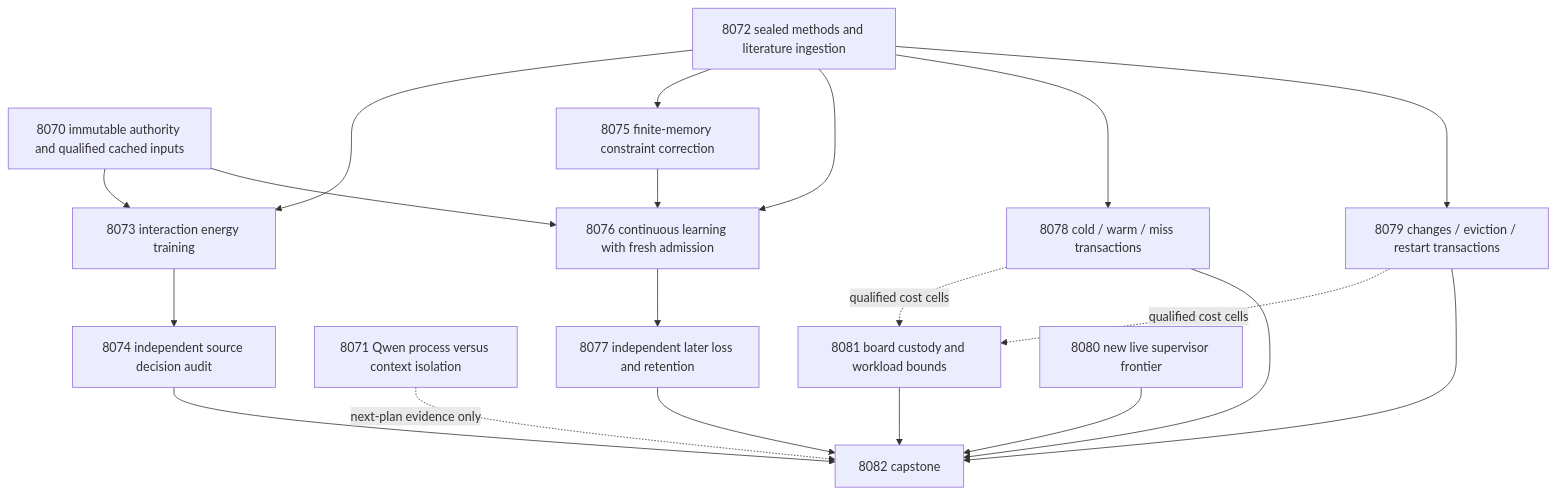
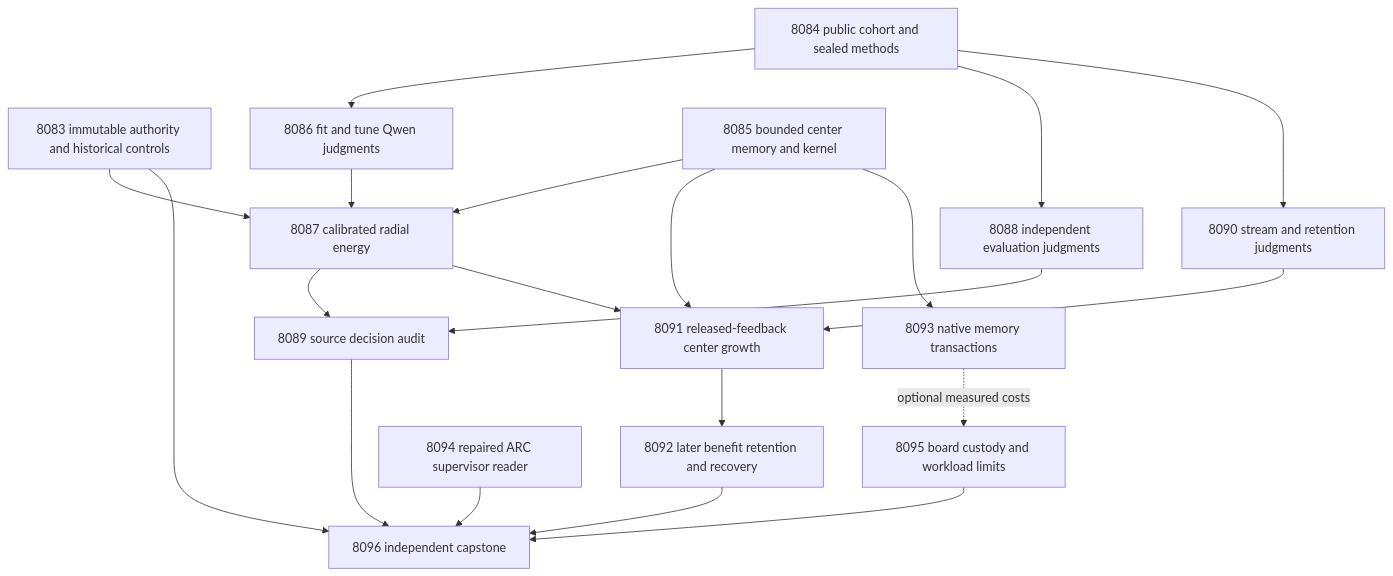
The diagram in openspec/change-proposals/research-roadmap-vNEXT.md (Carnot-EBM/carnot-ebm), drawn with Mermaid before and after one commit. The commit also changed other lines of this file and 13 other files, not shown here.

First line of the commit message:
[conductor] Plan next milestone: 2026.10.700

````diff
--- a/openspec/change-proposals/research-roadmap-vNEXT.md
+++ b/openspec/change-proposals/research-roadmap-vNEXT.md
@@ -87,22 +79,22 @@
 ```mermaid
 flowchart TD
-  C[8070 immutable authority and qualified cached inputs] --> S[8073 interaction energy training]
-  P[8072 sealed methods and literature ingestion] --> S
-  S --> A[8074 independent source decision audit]
-  Q[8071 Qwen process versus context isolation] -. next-plan evidence only .-> Z[8082 capstone]
-  P --> K[8075 finite-memory constraint correction]
-  C --> L[8076 continuous learning with fresh admission]
+  C[8083 immutable authority and historical controls] --> F[8087 calibrated radial energy]
+  M[8084 public cohort and sealed methods] --> Q[8086 fit and tune Qwen judgments]
+  K[8085 bounded center memory and kernel] --> F
+  Q --> F
+  M --> E[8088 independent evaluation judgments]
+  F --> A[8089 source decision audit]
+  E --> A
+  M --> S[8090 stream and retention judgments]
+  S --> L[8091 released-feedback center growth]
+  F --> L
   K --> L
-  P --> L
-  L --> R[8077 independent later loss and retention]
-  P --> F[8078 cold / warm / miss transactions]
-  P --> E[8079 changes / eviction / restart transactions]
-  F -. qualified cost cells .-> H[8081 board custody and workload bounds]
-  E -. qualified cost cells .-> H
+  L --> R[8092 later benefit retention and recovery]
+  K --> N[8093 native memory transactions]
+  N -. optional measured costs .-> H[8095 board custody and workload limits]
+  B[8094 repaired ARC supervisor reader] --> Z[8096 independent capstone]
+  A --> Z
   R --> Z
-  A --> Z
-  F --> Z
-  E --> Z
   H --> Z
-  B[8080 new live supervisor frontier] --> Z
+  C --> Z
 ```
````
